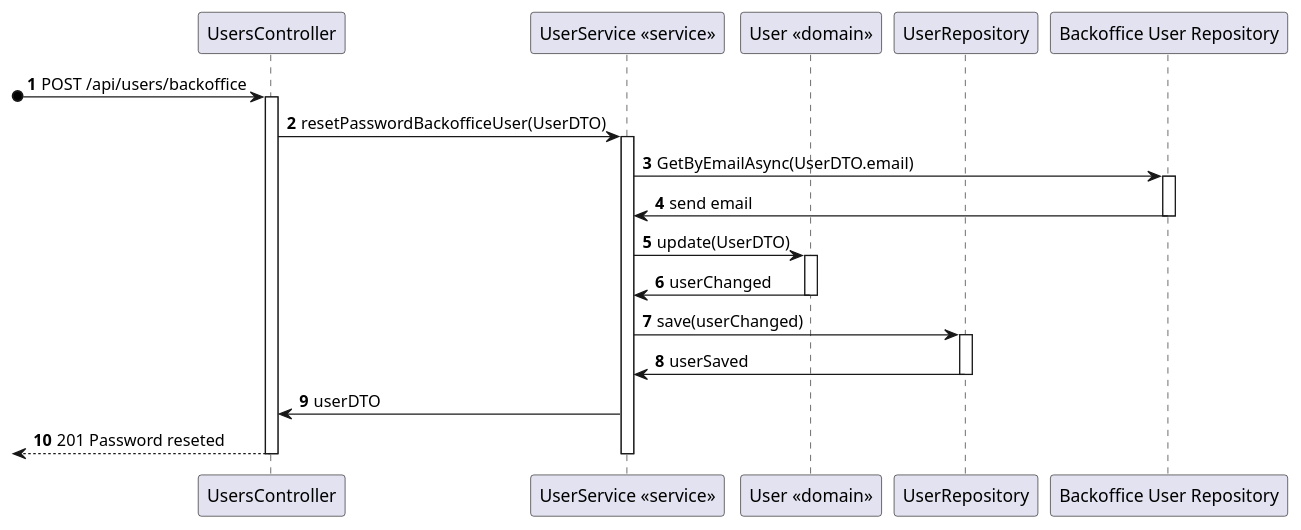
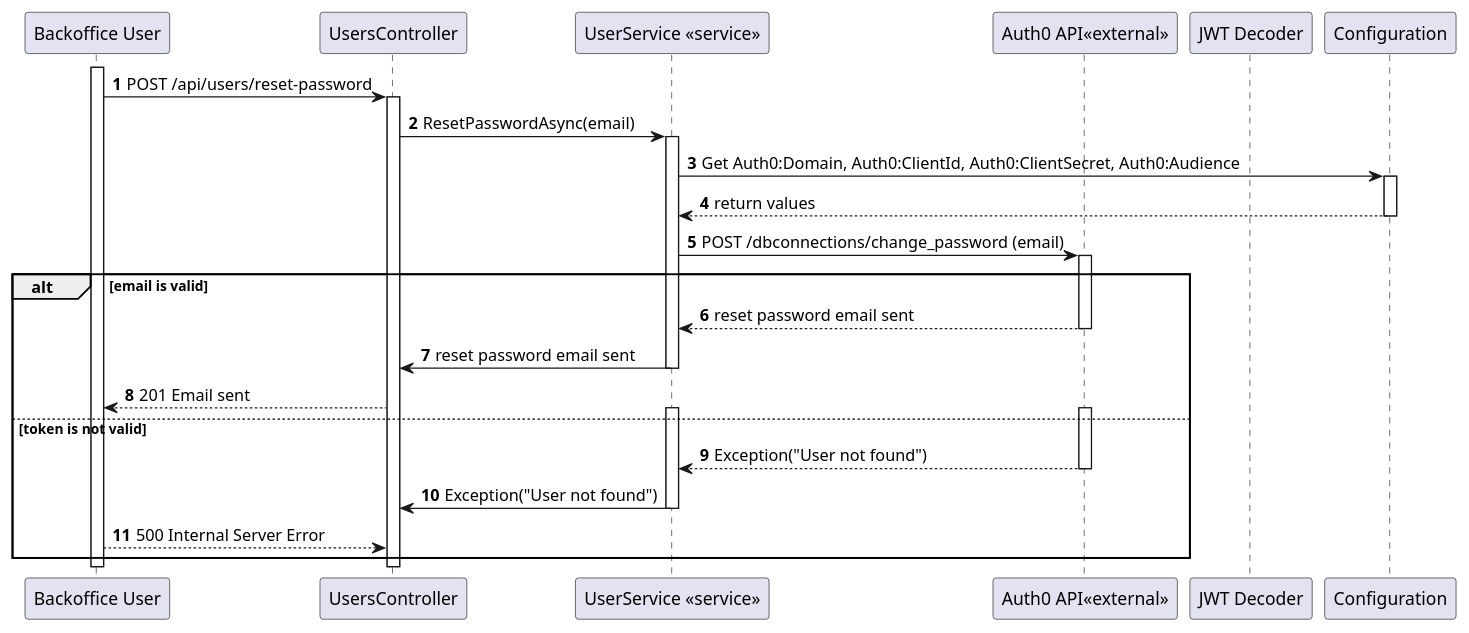
Before and after one commit to Lapr5G21/sem5pi-24-25-3ddg21: the diagram in docs/BackofficeUserResetPassword/views/level3/process-view2.puml, drawn with PlantUML. The commit also changed 7 other files, not shown here.

Commit message:
Complete Reset password Diagrams

```diff
--- a/docs/BackofficeUserResetPassword/views/level3/process-view2.puml
+++ b/docs/BackofficeUserResetPassword/views/level3/process-view2.puml
@@ -1,42 +1,46 @@
-@startuml 
+@startuml
 autonumber
+participant Backoffice as "Backoffice User"
 participant CTRL as "UsersController"
 participant SERVICE as "UserService <<service>>"
-participant User as "User <<domain>>"
-participant USERREPO as "UserRepository"
-participant BackofficeRepository as "Backoffice User Repository"
+participant AUTH0 as "Auth0 API<<external>>"
+participant JWT as "JWT Decoder"
+participant CONFIG as "Configuration"
 
-?o-> CTRL : POST /api/users/backoffice
+activate Backoffice
+Backoffice -> CTRL : POST /api/users/reset-password
 activate CTRL
 
-CTRL -> SERVICE : resetPasswordBackofficeUser(UserDTO)
+CTRL -> SERVICE : ResetPasswordAsync(email)
 activate SERVICE
 
-SERVICE -> BackofficeRepository : GetByEmailAsync(UserDTO.email)
-activate BackofficeRepository
+SERVICE -> CONFIG : Get Auth0:Domain, Auth0:ClientId, Auth0:ClientSecret, Auth0:Audience
+activate CONFIG
+CONFIG --> SERVICE : return values
+deactivate CONFIG
 
+SERVICE -> AUTH0 : POST /dbconnections/change_password (email)
+activate AUTH0
 
-    BackofficeRepository -> SERVICE : send email
-    
-    deactivate BackofficeRepository
+alt email is valid
+    AUTH0 --> SERVICE : reset password email sent
+    deactivate AUTH0
 
-    SERVICE -> User : update(UserDTO)
-    activate User
+    SERVICE -> CTRL : reset password email sent
+    deactivate SERVICE
+    CTRL --> Backoffice : 201 Email sent
 
-    User -> SERVICE : userChanged
-    deactivate User
+else token is not valid
+    activate AUTH0
+    activate SERVICE
+    AUTH0 --> SERVICE : Exception("User not found")
+    deactivate AUTH0
 
-    SERVICE -> USERREPO : save(userChanged)
-    activate USERREPO
+    SERVICE -> CTRL : Exception("User not found")
+    deactivate SERVICE
+    CTRL <-- Backoffice : 500 Internal Server Error
+end
 
-    USERREPO -> SERVICE : userSaved
-    deactivate USERREPO
-
-    SERVICE -> CTRL : userDTO
-    
-    <-- CTRL : 201 Password reseted
-
-
-deactivate SERVICE
 deactivate CTRL
+deactivate Backoffice
 @enduml
```
